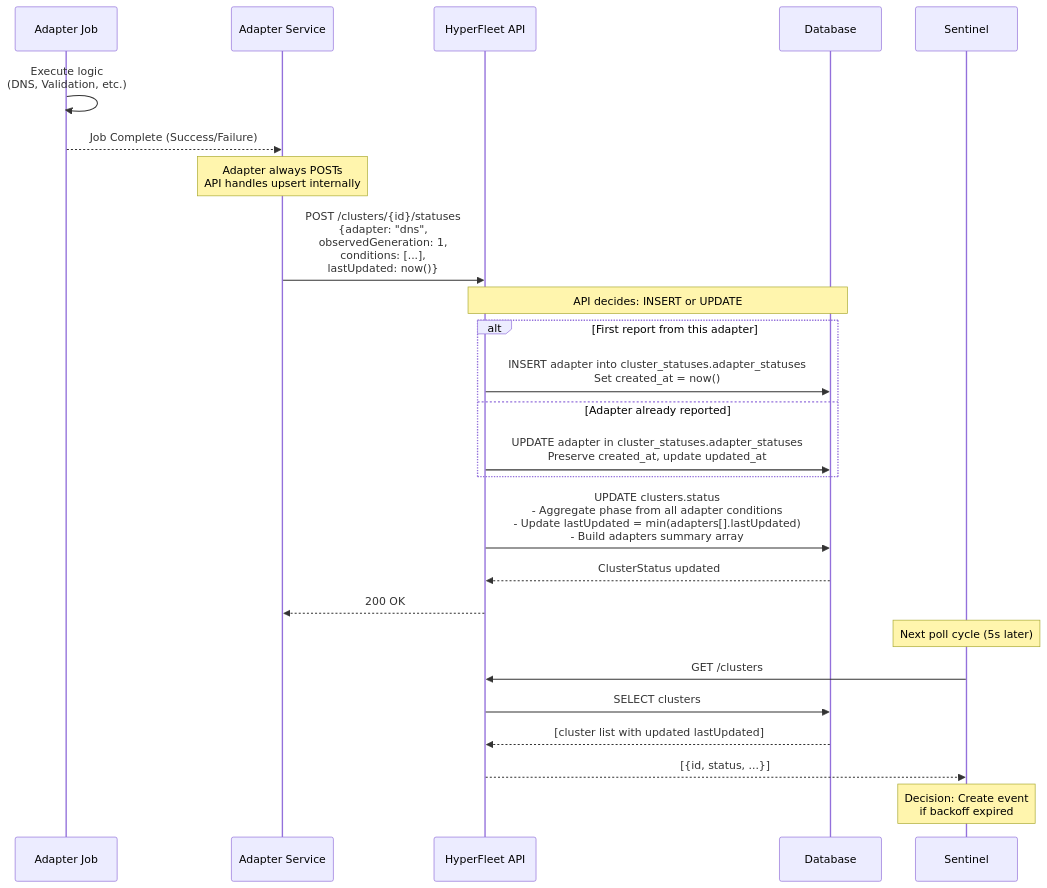
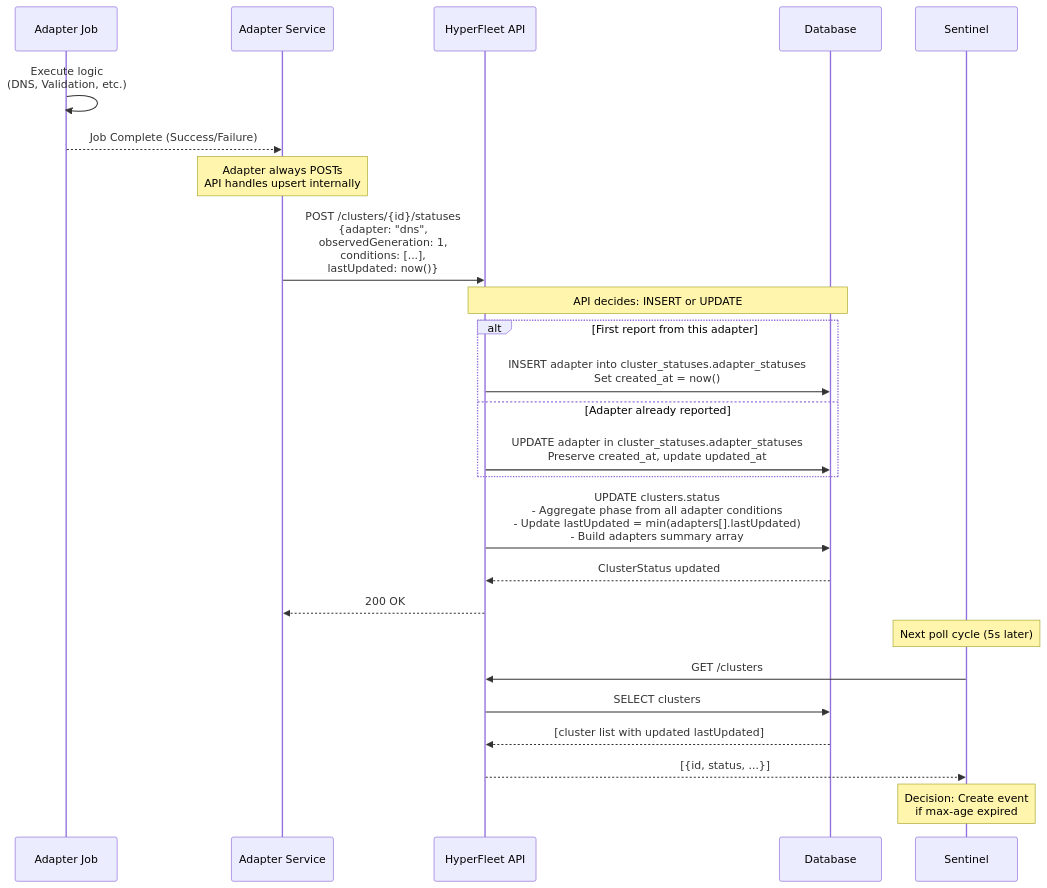
One commit to rafabene/hyperfleet-architecture changed the third of 3 diagrams in hyperfleet/architecture/architecture-summary.md. Above: the diagram before and after it, drawn with Mermaid. The commit also changed other lines of this file, not shown here.

First line of the commit message:
Rename backoff parameters to max_age for better semantic clarity

````diff
--- a/hyperfleet/architecture/architecture-summary.md
+++ b/hyperfleet/architecture/architecture-summary.md
@@ -569,36 +569,36 @@
 ```mermaid
 sequenceDiagram
     participant Job as Adapter Job
     participant Adapter as Adapter Service
     participant API as HyperFleet API
     participant DB as Database
     participant Sentinel as Sentinel
 
     Job->>Job: Execute logic<br/>(DNS, Validation, etc.)
     Job-->>Adapter: Job Complete (Success/Failure)
 
     Note over Adapter: Adapter always POSTs<br/>API handles upsert internally
 
     Adapter->>API: POST /clusters/{id}/statuses<br/>{adapter: "dns",<br/>observedGeneration: 1,<br/>conditions: [...],<br/>lastUpdated: now()}
 
     Note over API,DB: API decides: INSERT or UPDATE
 
     alt First report from this adapter
         API->>DB: INSERT adapter into cluster_statuses.adapter_statuses<br/>Set created_at = now()
     else Adapter already reported
         API->>DB: UPDATE adapter in cluster_statuses.adapter_statuses<br/>Preserve created_at, update updated_at
     end
 
     API->>DB: UPDATE clusters.status<br/>- Aggregate phase from all adapter conditions<br/>- Update lastUpdated = min(adapters[].lastUpdated)<br/>- Build adapters summary array
     DB-->>API: ClusterStatus updated
     API-->>Adapter: 200 OK
 
     Note over Sentinel: Next poll cycle (5s later)
 
     Sentinel->>API: GET /clusters
     API->>DB: SELECT clusters
     DB-->>API: [cluster list with updated lastUpdated]
     API-->>Sentinel: [{id, status, ...}]
 
-    Note over Sentinel: Decision: Create event<br/>if backoff expired
+    Note over Sentinel: Decision: Create event<br/>if max-age expired
 ```
````
